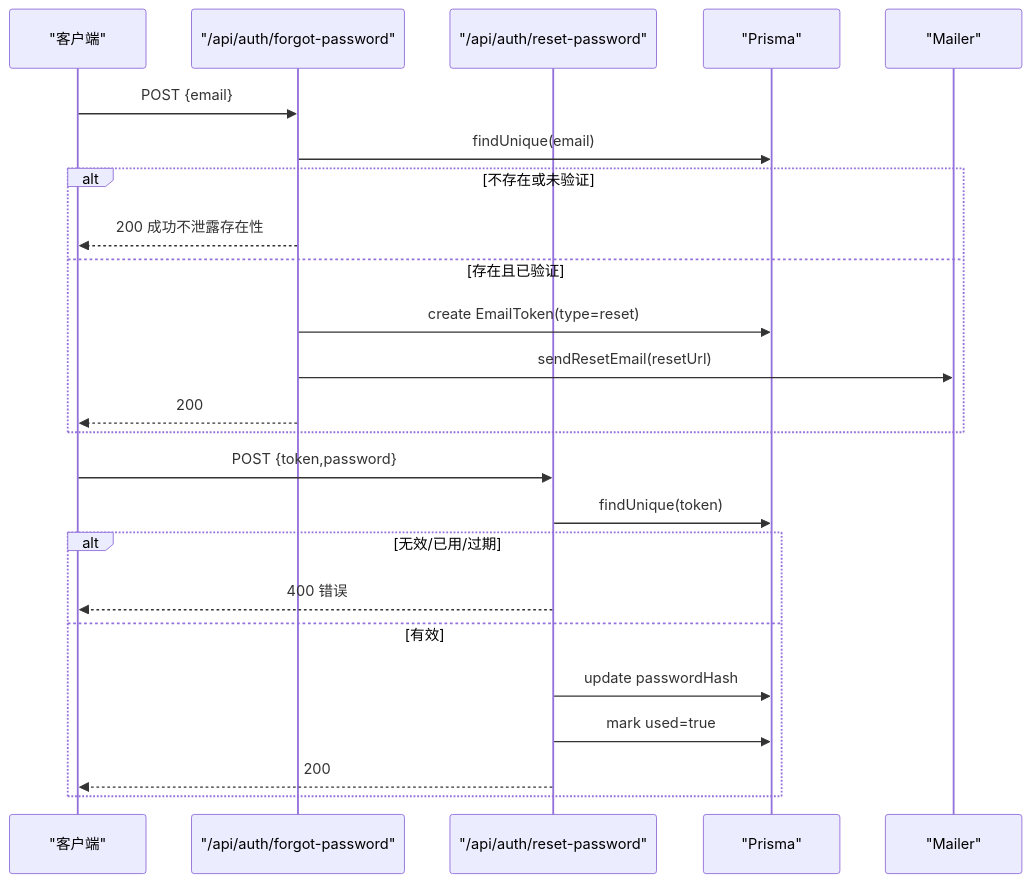
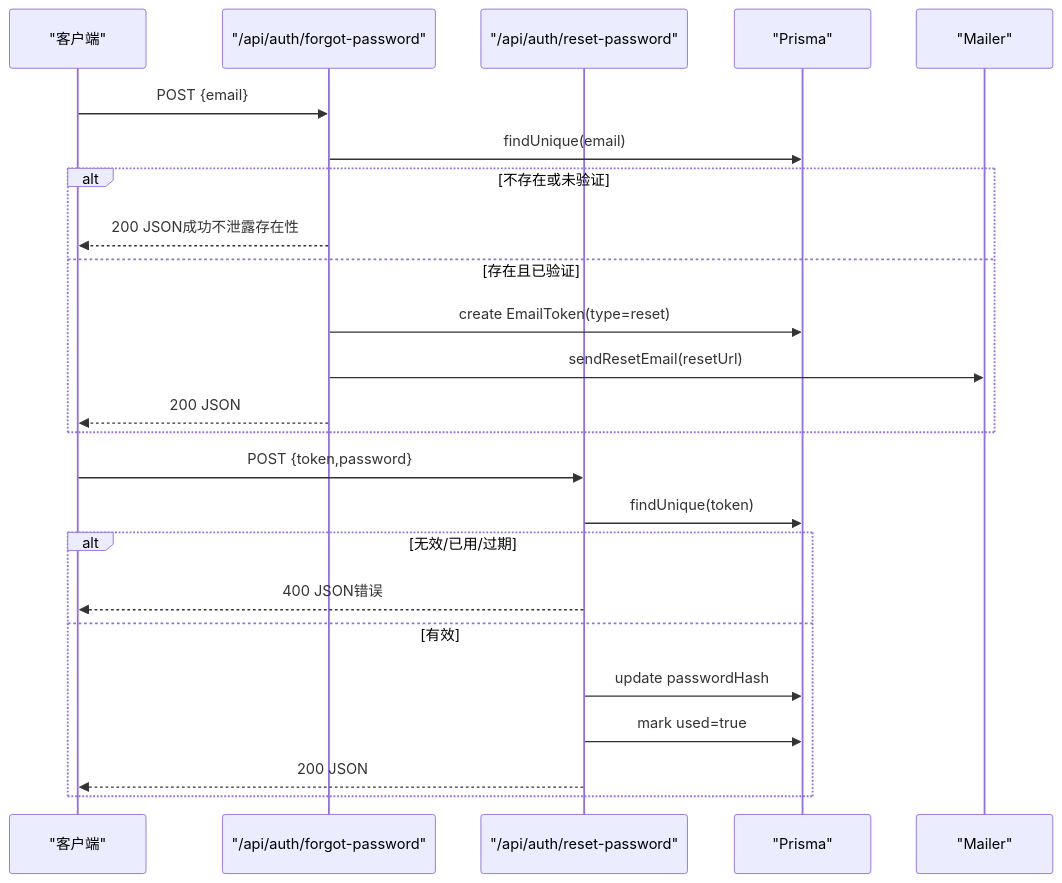
One commit to kangkang919/xinya changed the seventh of 10 diagrams in .qoder/repowiki/zh/content/用户认证系统/用户认证系统.md. Above: the diagram before and after it, drawn with Mermaid. The commit also changed other lines of this file and 35 other files, not shown here.

````diff
--- a/.qoder/repowiki/zh/content/用户认证系统/用户认证系统.md
+++ b/.qoder/repowiki/zh/content/用户认证系统/用户认证系统.md
@@ -303,26 +351,26 @@
 ```mermaid
 sequenceDiagram
 participant C as "客户端"
 participant FP as "/api/auth/forgot-password"
 participant RP as "/api/auth/reset-password"
 participant P as "Prisma"
 participant M as "Mailer"
 C->>FP : POST {email}
 FP->>P : findUnique(email)
 alt 不存在或未验证
-FP-->>C : 200 成功不泄露存在性
+FP-->>C : 200 JSON成功不泄露存在性
 else 存在且已验证
 FP->>P : create EmailToken(type=reset)
 FP->>M : sendResetEmail(resetUrl)
-FP-->>C : 200
+FP-->>C : 200 JSON
 end
 C->>RP : POST {token,password}
 RP->>P : findUnique(token)
 alt 无效/已用/过期
-RP-->>C : 400 错误
+RP-->>C : 400 JSON错误
 else 有效
 RP->>P : update passwordHash
 RP->>P : mark used=true
-RP-->>C : 200
+RP-->>C : 200 JSON
 end
 ```
````
